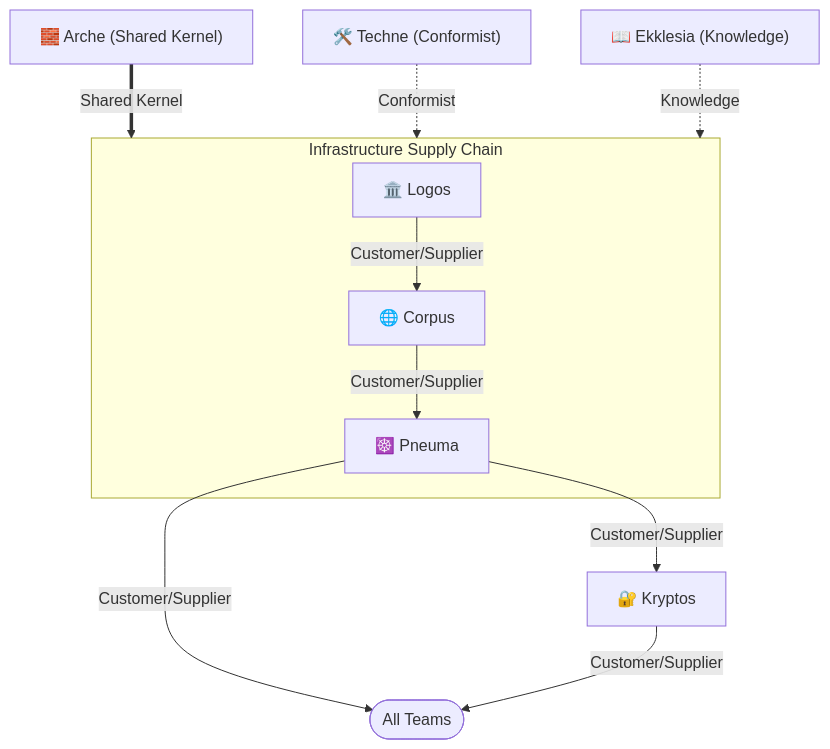
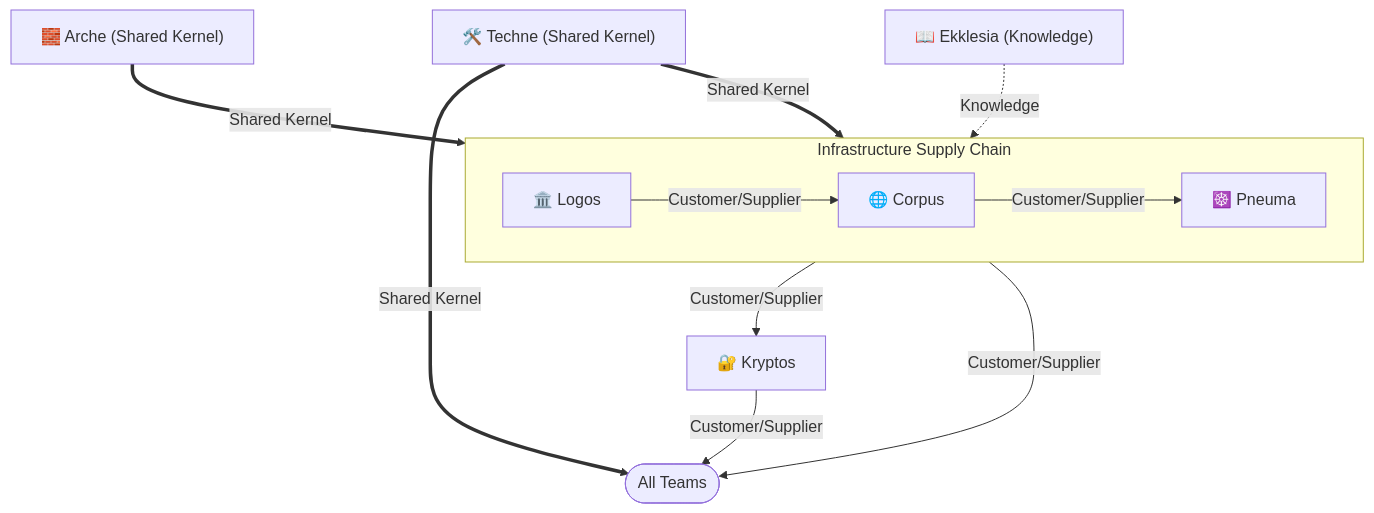
One commit to osinfra-io/pt-ekklesia-docs changed the diagram in docs/platform-teams/index.md. Above: the diagram before and after it, drawn with Mermaid. The commit also changed other lines of this file and 11 other files, not shown here.

Commit message:
Add Team Topologies domain documentation across all platform teams (#33)

````diff
--- a/docs/platform-teams/index.md
+++ b/docs/platform-teams/index.md
@@ -33,21 +33,23 @@
 ```mermaid
 flowchart TD
     Arche["🧱 Arche (Shared Kernel)"]
-    Techne["🛠️ Techne (Conformist)"]
+    Techne["🛠️ Techne (Shared Kernel)"]
     Ekklesia["📖 Ekklesia (Knowledge)"]
     Kryptos["🔐 Kryptos"]
     AllTeams(["All Teams"])
 
     subgraph sc ["Infrastructure Supply Chain"]
+        direction LR
         Logos["🏛️ Logos"] -->|"Customer/Supplier"| Corpus["🌐 Corpus"]
         Corpus -->|"Customer/Supplier"| Pneuma["☸️ Pneuma"]
     end
 
     Arche ==>|"Shared Kernel"| sc
-    Techne -.->|"Conformist"| sc
     Ekklesia -.->|"Knowledge"| sc
+    Techne ==>|"Shared Kernel"| sc
+    Techne ==>|"Shared Kernel"| AllTeams
 
     Pneuma -->|"Customer/Supplier"| Kryptos
     Pneuma -->|"Customer/Supplier"| AllTeams
     Kryptos -->|"Customer/Supplier"| AllTeams
 ```
````
